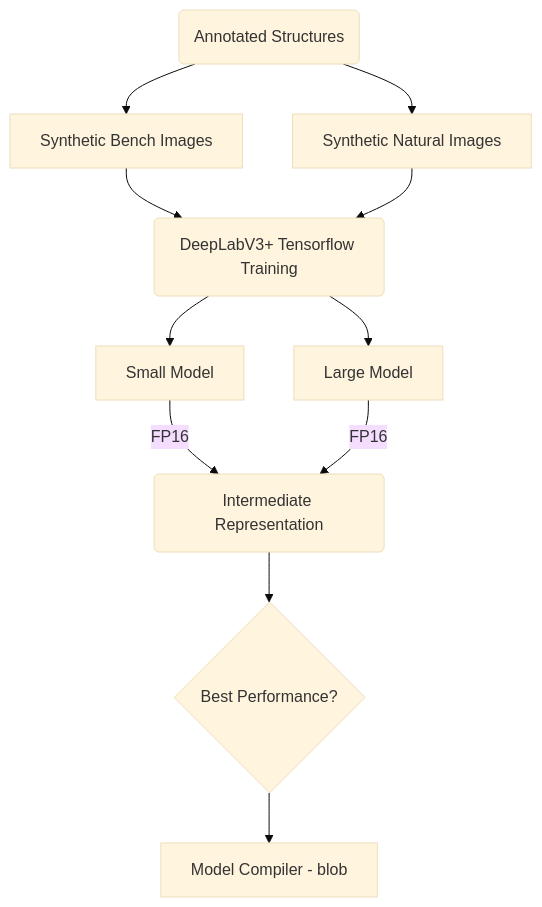
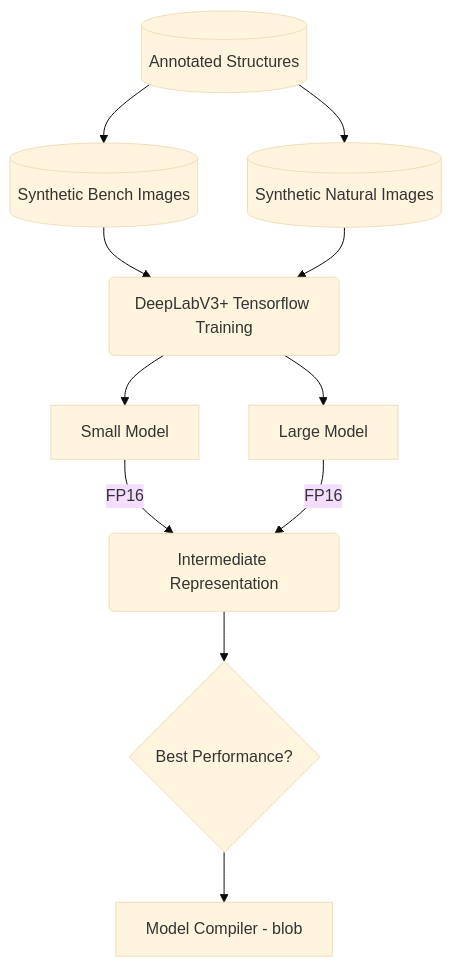
The diagram in 6_CNN_Model_Training/README.md (precision-sustainable-ag/OpenCV_Competition2021), drawn with Mermaid (base theme) before and after one commit. The commit also changed other lines of this file, not shown here.

````diff
--- a/6_CNN_Model_Training/README.md
+++ b/6_CNN_Model_Training/README.md
@@ -3,13 +3,13 @@
-```mermaid
-graph TD
-  A(Annotated Structures) --> X((Circle))
-  A --> Y[Synthetic Bench Images] --> Z
-  X[Synthetic Natural Images] --> Z
+<div class="mermaid">
+  graph TD
+  A[(Annotated Structures)] --> X((Circle))
+  A --> Y[(Synthetic Bench Images)] --> Z
+  X[(Synthetic Natural Images)] --> Z
   Z(DeepLabV3+ Tensorflow Training) --> M[Small Model]
   Z --> L[Large Model]
   IR(Intermediate Representation)
   M -- FP16 --> IR 
   L -- FP16 --> IR 
   IR --> D{Best Performance?}
   D --> O[Model Compiler - blob]
-```
+</div>
````
